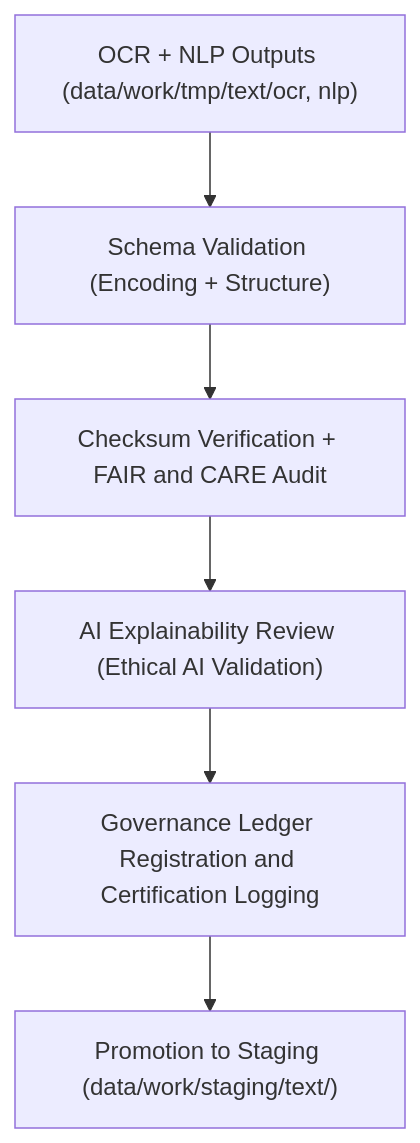
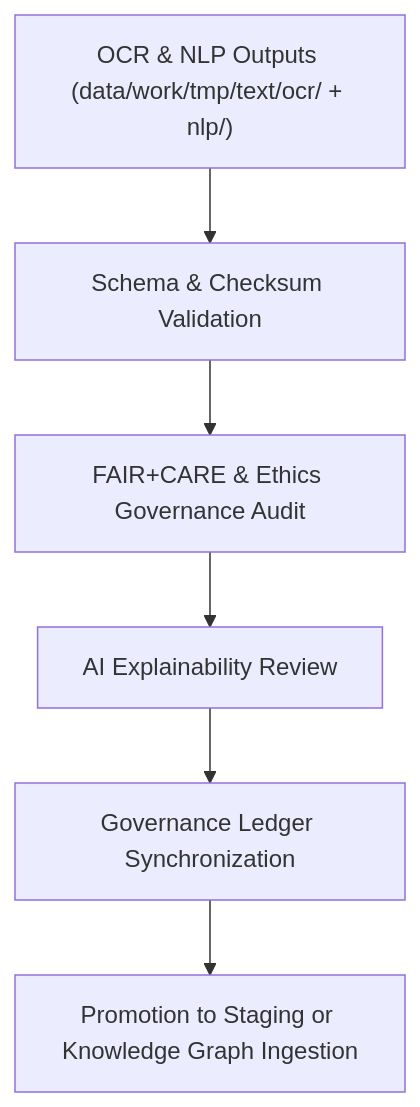
One commit to bartytime4life/Kansas-Frontier-Matrix changed the diagram in data/work/tmp/text/validation/README.md. Above: the diagram before and after it, drawn with Mermaid. The commit also changed other lines of this file, not shown here.

Commit message:
Update README for Text TMP Validation Layer v9.6.0

````diff
--- a/data/work/tmp/text/validation/README.md
+++ b/data/work/tmp/text/validation/README.md
@@ -70,8 +65,8 @@
 ```mermaid
 flowchart TD
-    A["OCR + NLP Outputs (data/work/tmp/text/ocr, nlp)"] --> B["Schema Validation (Encoding + Structure)"]
-    B --> C["Checksum Verification + FAIR and CARE Audit"]
-    C --> D["AI Explainability Review (Ethical AI Validation)"]
-    D --> E["Governance Ledger Registration and Certification Logging"]
-    E --> F["Promotion to Staging (data/work/staging/text/)"]
+    A["OCR & NLP Outputs (data/work/tmp/text/ocr/ + nlp/)"] --> B["Schema & Checksum Validation"]
+    B --> C["FAIR+CARE & Ethics Governance Audit"]
+    C --> D["AI Explainability Review"]
+    D --> E["Governance Ledger Synchronization"]
+    E --> F["Promotion to Staging or Knowledge Graph Ingestion"]
 ```
````
